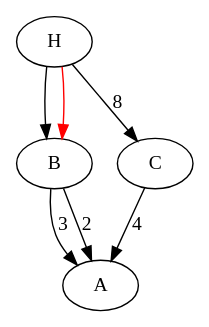
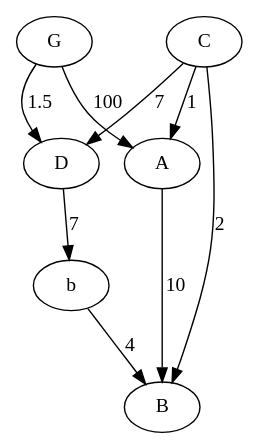
One commit to LerdPixel/mephi_labs changed the diagram in lab4-sem3/graph.dot. Above: the diagram before and after it, drawn with Graphviz. The commit also changed 4 other files, not shown here.

Commit message:
lab4: graph input

```diff
--- a/lab4-sem3/graph.dot
+++ b/lab4-sem3/graph.dot
@@ -1,12 +1,15 @@
 digraph {
-B
+b
 A
-H
+G
+D
 C
-C -> A[label="4"]
-H -> C[label="8"]
-B -> A[label="3"]
-B -> A[label="2"]
-H->B
-H->B [color="red"]
+C -> D[label="7"]
+C -> B[label="2"]
+C -> A[label="1"]
+D -> b[label="7"]
+G -> A[label="100"]
+G -> D[label="1.5"]
+A -> B[label="10"]
+b -> B[label="4"]
 }
```
